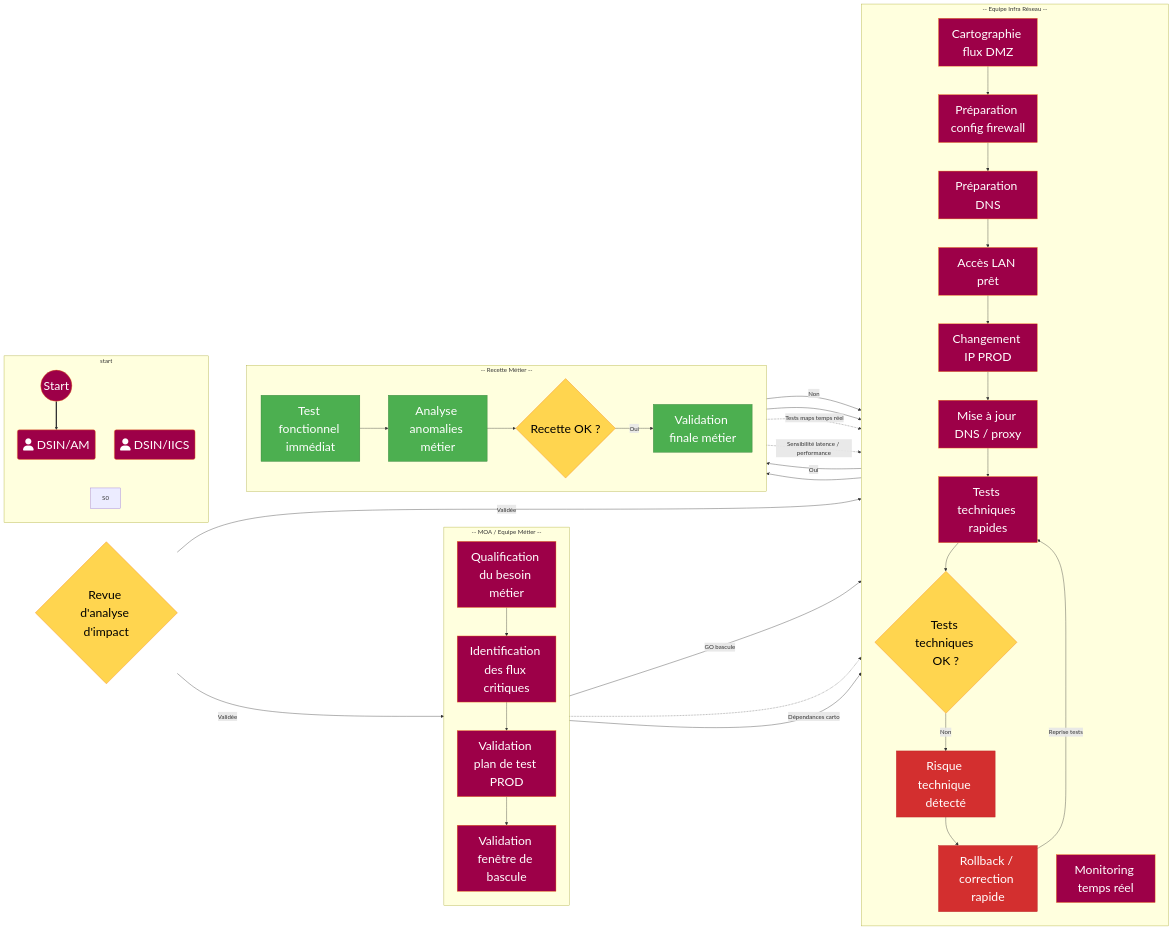
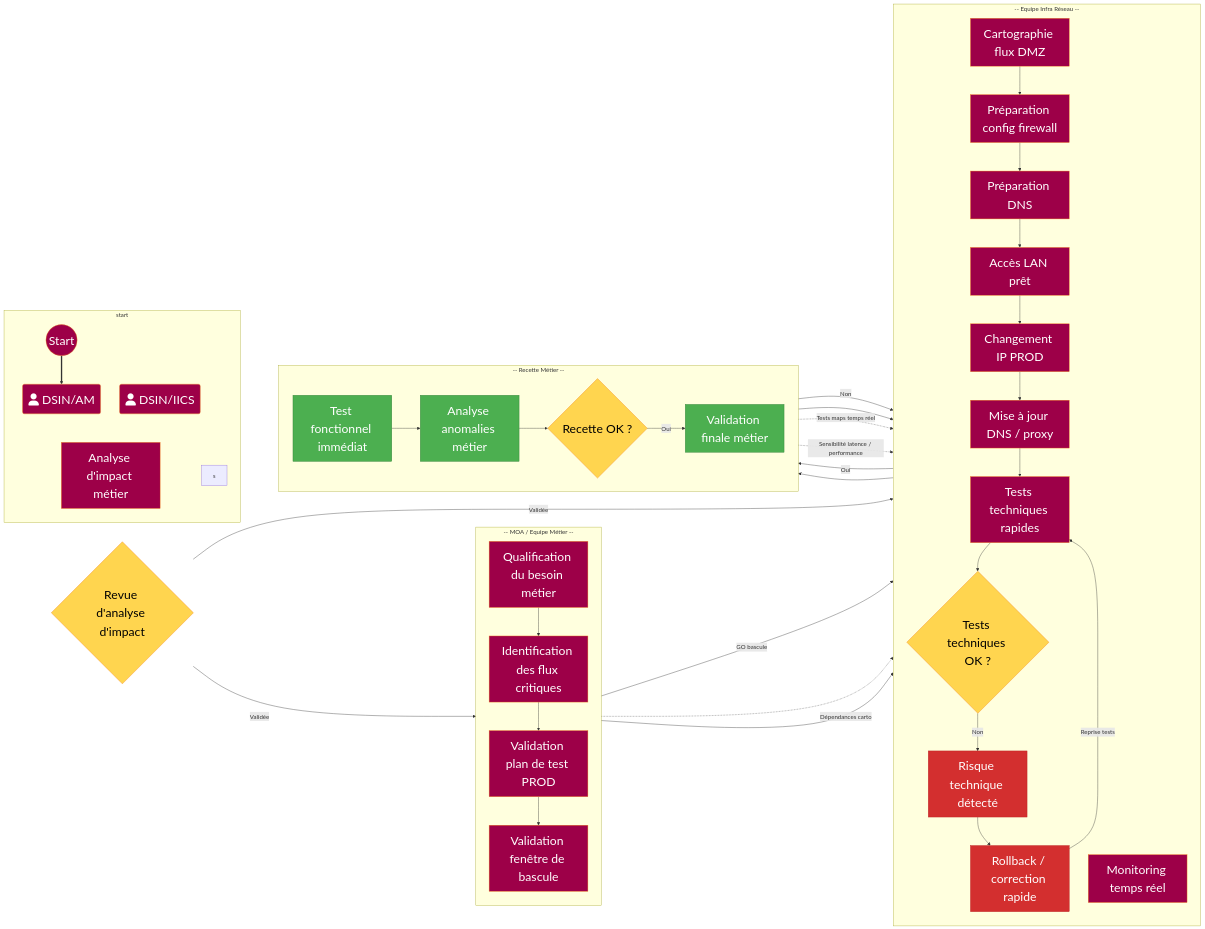
The diagram in all/CHANGE IP - Sans Pre-Prod.md (fdadda/iodraw-files), drawn with Mermaid before and after one commit.

Commit message:
2026-06-01 15:27:02 update

```diff
--- a/all/CHANGE IP - Sans Pre-Prod.md
+++ b/all/CHANGE IP - Sans Pre-Prod.md
@@ -8,9 +8,11 @@
 classDef decision fill:#ffd54f,stroke:#f57f17,color:#000000,font-size:32px;
 classDef risk fill:#d32f2f,stroke:#b71c1c,color:#ffffff,font-size:32px;
 subgraph start 
+S0["Analyse d'impact métier"]:::metier
 AM(fa:fa-user DSIN/AM):::metier --> S0
 IICS(fa:fa-user DSIN/IICS):::infra --> S0
 start((Start)):::metier ==> AM
+s
   
    
     
```
